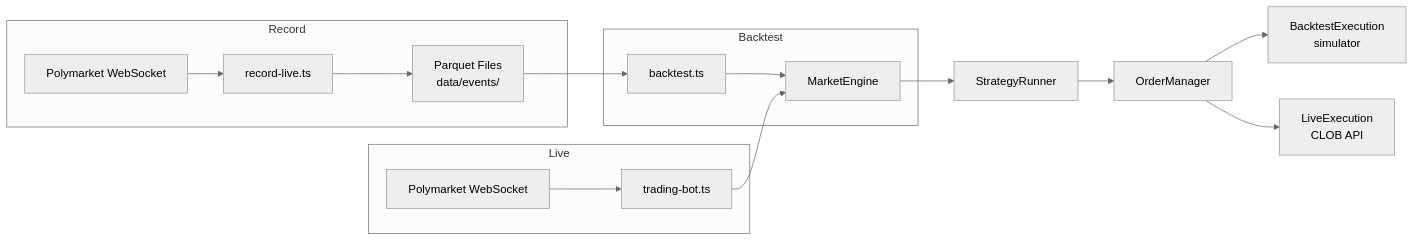
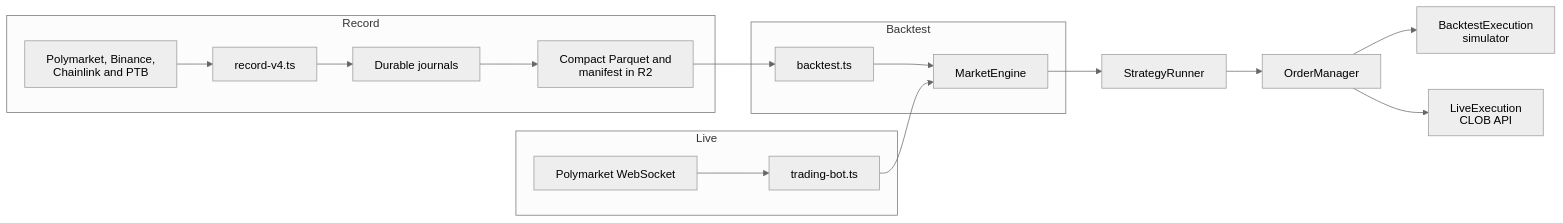
One commit to ivanmijatovic89/polymarket-bot changed the first of 2 diagrams in docs/how-it-works.md. Above: the diagram before and after it, drawn with Mermaid (neutral theme). The commit also changed other lines of this file and 31 other files, not shown here.

````diff
--- a/docs/how-it-works.md
+++ b/docs/how-it-works.md
@@ -18,22 +18,24 @@
 ```mermaid
+%%{init: {"htmlLabels": false}}%%
 graph LR
     subgraph Record
-        WS[Polymarket WebSocket] --> REC[record-live.ts]
-        REC --> PQ[Parquet Files\ndata/events/]
+        WS[Polymarket, Binance, Chainlink and PTB] --> REC[record-v4.ts]
+        REC --> WAL[Durable journals]
+        WAL --> PQ[Compact Parquet and manifest in R2]
     end
 
     subgraph Backtest
         PQ --> BR[backtest.ts]
         BR --> ENG[MarketEngine]
     end
 
     subgraph Live
         WS2[Polymarket WebSocket] --> LT[trading-bot.ts]
         LT --> ENG
     end
 
     ENG --> SR[StrategyRunner]
     SR --> OM[OrderManager]
     OM --> BE[BacktestExecution\nsimulator]
     OM --> LE[LiveExecution\nCLOB API]
 ```
````
